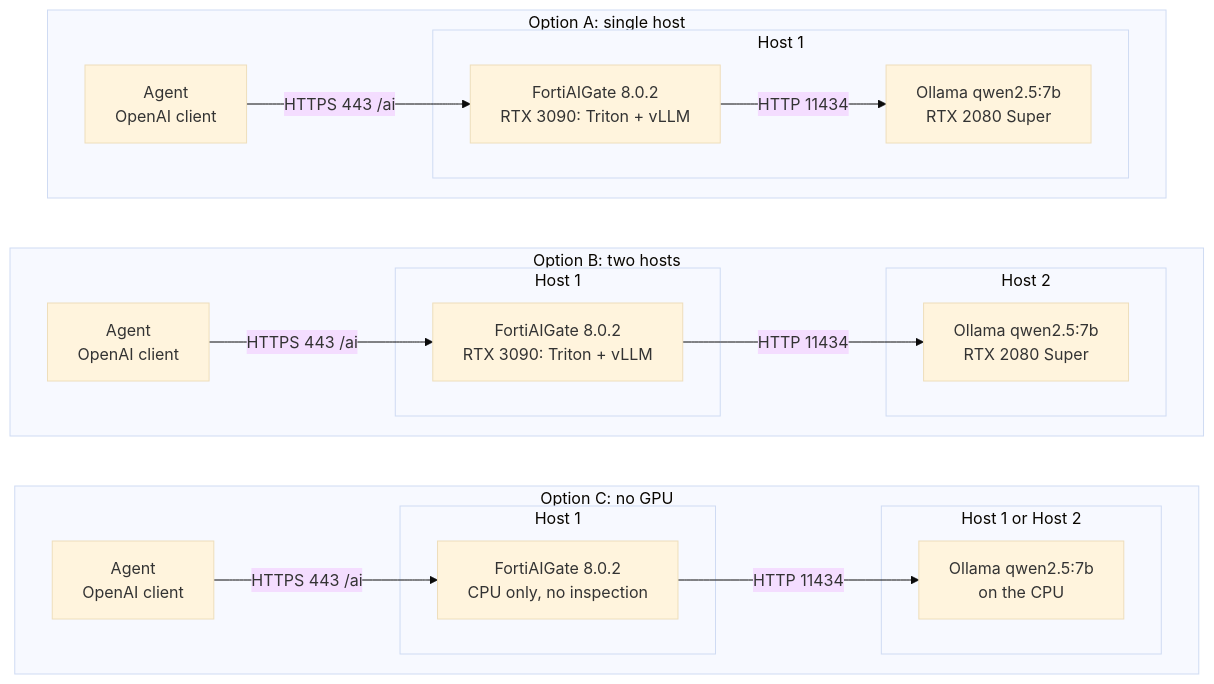
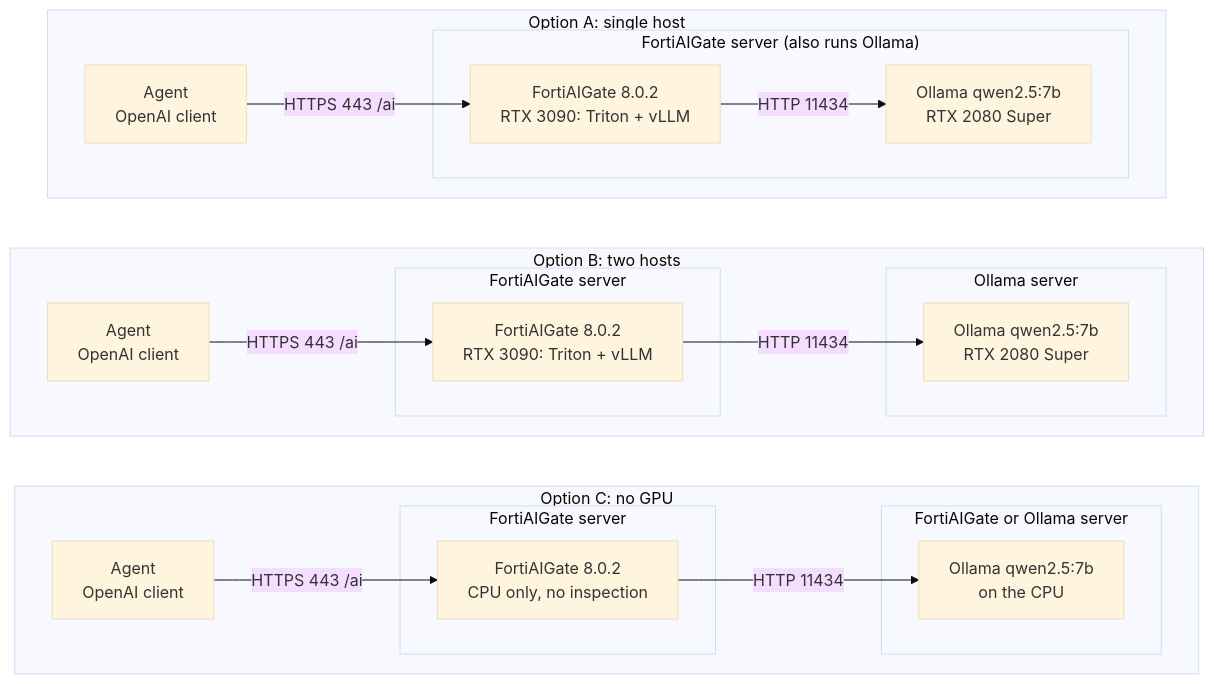
Before and after one commit to rberend/FortiAIGate: the diagram in docs/runbook.md, drawn with Mermaid (base theme). The commit also changed other lines of this file, not shown here.

First line of the commit message:
Rename hosts by role: FortiAIGate server and Ollama server

````diff
--- a/docs/runbook.md
+++ b/docs/runbook.md
@@ -56,33 +56,33 @@
 ```mermaid
 flowchart TB
   subgraph A["Option A: single host"]
     direction LR
     agentA["Agent<br/>OpenAI client"] -- "HTTPS 443 /ai" --> gwA
-    subgraph A1["Host 1"]
+    subgraph A1["FortiAIGate server (also runs Ollama)"]
       gwA["FortiAIGate 8.0.2<br/>RTX 3090: Triton + vLLM"] -- "HTTP 11434" --> olA["Ollama qwen2.5:7b<br/>RTX 2080 Super"]
     end
   end
   subgraph B["Option B: two hosts"]
     direction LR
     agentB["Agent<br/>OpenAI client"] -- "HTTPS 443 /ai" --> gwB
-    subgraph B1["Host 1"]
+    subgraph B1["FortiAIGate server"]
       gwB["FortiAIGate 8.0.2<br/>RTX 3090: Triton + vLLM"]
     end
-    subgraph B2["Host 2"]
+    subgraph B2["Ollama server"]
       olB["Ollama qwen2.5:7b<br/>RTX 2080 Super"]
     end
     gwB -- "HTTP 11434" --> olB
   end
   subgraph C["Option C: no GPU"]
     direction LR
     agentC["Agent<br/>OpenAI client"] -- "HTTPS 443 /ai" --> gwC
-    subgraph C1["Host 1"]
+    subgraph C1["FortiAIGate server"]
       gwC["FortiAIGate 8.0.2<br/>CPU only, no inspection"]
     end
-    subgraph C2["Host 1 or Host 2"]
+    subgraph C2["FortiAIGate or Ollama server"]
       olC["Ollama qwen2.5:7b<br/>on the CPU"]
     end
     gwC -- "HTTP 11434" --> olC
   end
   A ~~~ B ~~~ C
 ```
````
